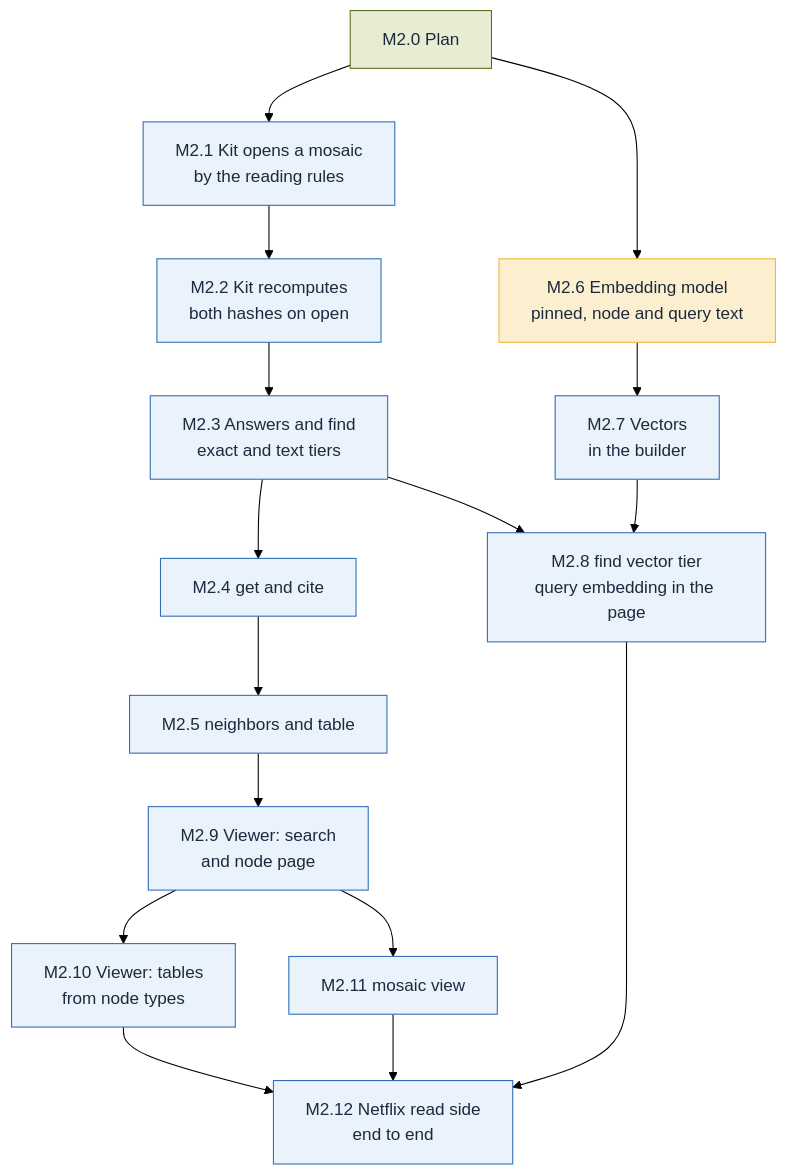
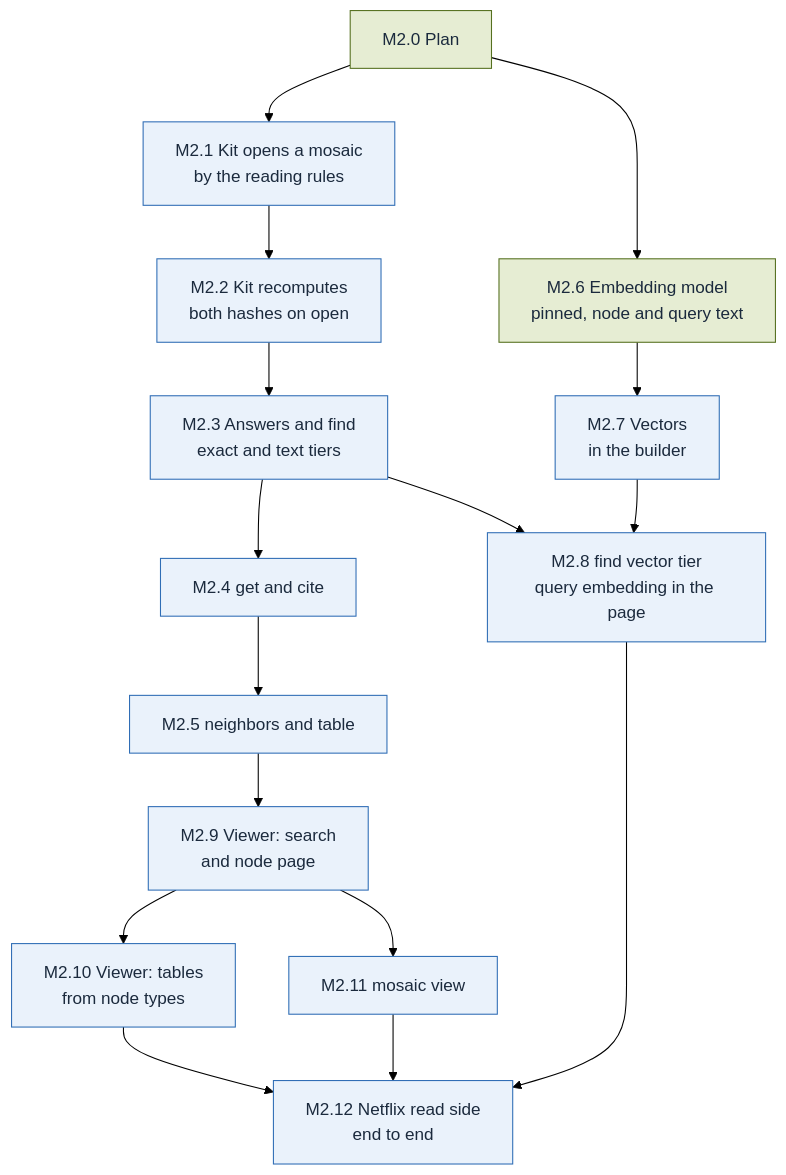
Before and after one commit to alcjor/Mosaic: the diagram in plan/M2.md, drawn with Mermaid (forest theme). The commit also changed other lines of this file and 1 other file, not shown here.

First line of the commit message:
M2.6: the 256-token limit counts the special tokens (answer on #105); the plan marks M2.6 done (#105)

````diff
--- a/plan/M2.md
+++ b/plan/M2.md
@@ -3,37 +3,36 @@
 ```mermaid
 flowchart TD
   M2_0["M2.0 Plan"]
   M2_1["M2.1 Kit opens a mosaic<br/>by the reading rules"]
   M2_2["M2.2 Kit recomputes<br/>both hashes on open"]
   M2_3["M2.3 Answers and find<br/>exact and text tiers"]
   M2_4["M2.4 get and cite"]
   M2_5["M2.5 neighbors and table"]
   M2_6["M2.6 Embedding model<br/>pinned, node and query text"]
   M2_7["M2.7 Vectors<br/>in the builder"]
   M2_8["M2.8 find vector tier<br/>query embedding in the page"]
   M2_9["M2.9 Viewer: search<br/>and node page"]
   M2_10["M2.10 Viewer: tables<br/>from node types"]
   M2_11["M2.11 mosaic view"]
   M2_12["M2.12 Netflix read side<br/>end to end"]
   M2_0 --> M2_1
   M2_1 --> M2_2
   M2_2 --> M2_3
   M2_3 --> M2_4
   M2_4 --> M2_5
   M2_0 --> M2_6
   M2_6 --> M2_7
   M2_3 --> M2_8
   M2_7 --> M2_8
   M2_5 --> M2_9
   M2_9 --> M2_10
   M2_9 --> M2_11
   M2_8 --> M2_12
   M2_10 --> M2_12
   M2_11 --> M2_12
   classDef done fill:#E6EDD3,stroke:#55701F,color:#1B2A3D
   classDef todo fill:#EAF2FB,stroke:#2F6DB5,color:#1B2A3D
   classDef parked fill:#FCEFCF,stroke:#F2B630,color:#1B2A3D
-  class M2_0 done
+  class M2_0,M2_6 done
   class M2_1,M2_2,M2_3,M2_4,M2_5,M2_7,M2_8,M2_9,M2_10,M2_11,M2_12 todo
-  class M2_6 parked
 ```
````
